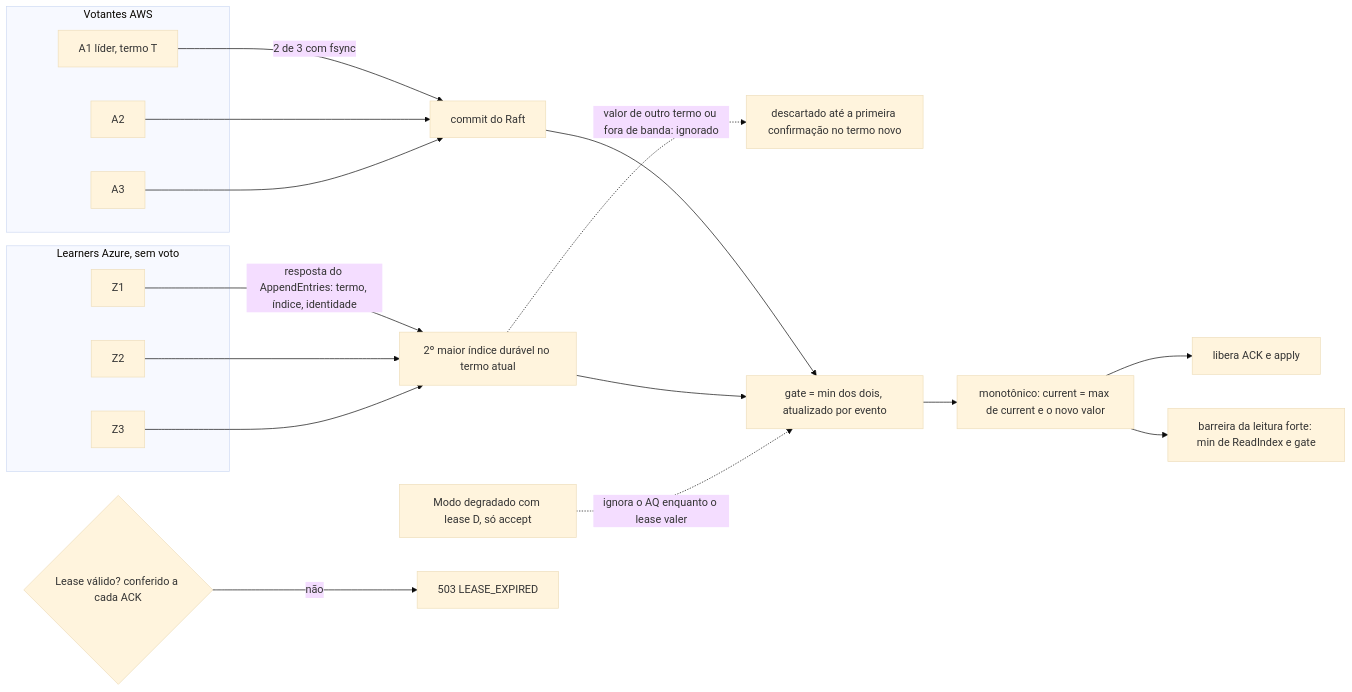
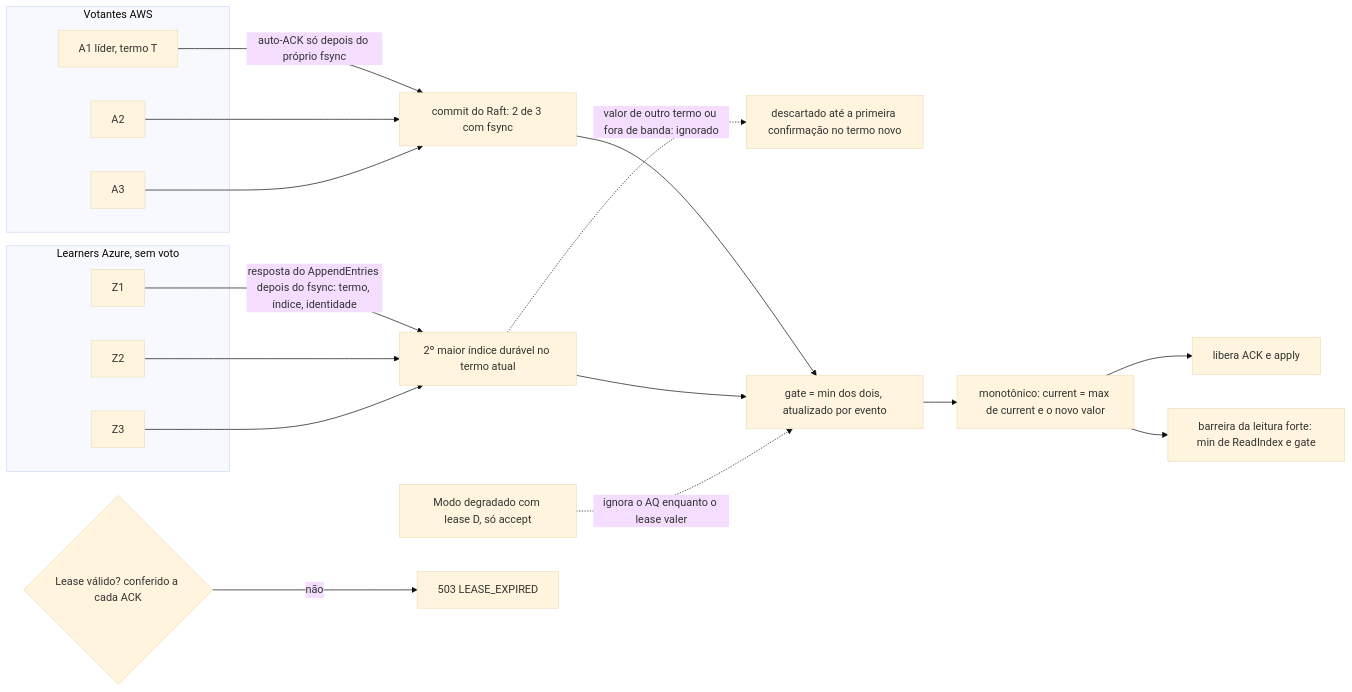
The diagram in 04_diagramas/D05-gate-e-quorum.md (brbarmex/k), drawn with Mermaid (base theme) before and after one commit. The commit also changed other lines of this file and 158 other files, not shown here.

````diff
--- a/04_diagramas/D05-gate-e-quorum.md
+++ b/04_diagramas/D05-gate-e-quorum.md
@@ -9,27 +9,27 @@
 ```mermaid
 flowchart LR
     subgraph VOT["Votantes AWS"]
         A1["A1 líder, termo T"]
         A2["A2"]
         A3["A3"]
     end
     subgraph LRN["Learners Azure, sem voto"]
         Z1["Z1"]
         Z2["Z2"]
         Z3["Z3"]
     end
-    A1 -->|"2 de 3 com fsync"| RC["commit do Raft"]
+    A1 -->|"auto-ACK só depois do próprio fsync"| RC["commit do Raft: 2 de 3 com fsync"]
     A2 --> RC
     A3 --> RC
-    Z1 -->|"resposta do AppendEntries: termo, índice, identidade"| AQ["2º maior índice durável no termo atual"]
+    Z1 -->|"resposta do AppendEntries depois do fsync: termo, índice, identidade"| AQ["2º maior índice durável no termo atual"]
     Z2 --> AQ
     Z3 --> AQ
     AQ -.->|"valor de outro termo ou fora de banda: ignorado"| IGN["descartado até a primeira confirmação no termo novo"]
     RC --> MIN["gate = min dos dois, atualizado por evento"]
     AQ --> MIN
     MIN --> MONO["monotônico: current = max de current e o novo valor"]
     DEG["Modo degradado com lease D, só accept"] -.->|"ignora o AQ enquanto o lease valer"| MIN
     LEASE{"Lease válido? conferido a cada ACK"} -->|"não"| REJ["503 LEASE_EXPIRED"]
     MONO --> ACK["libera ACK e apply"]
     MONO --> RB["barreira da leitura forte: min de ReadIndex e gate"]
 ```
````
